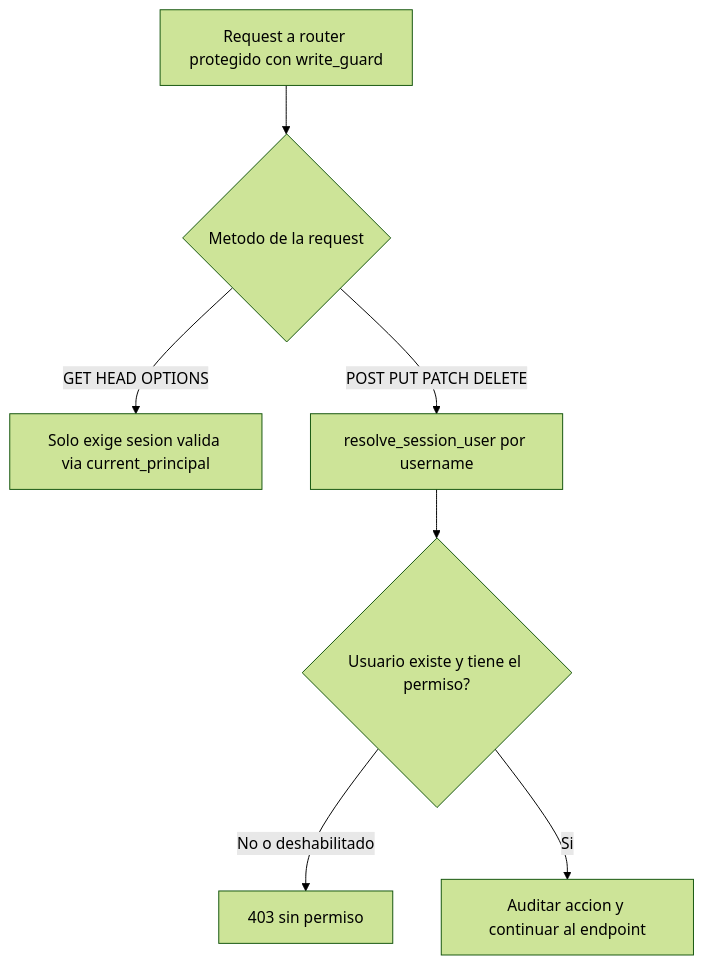
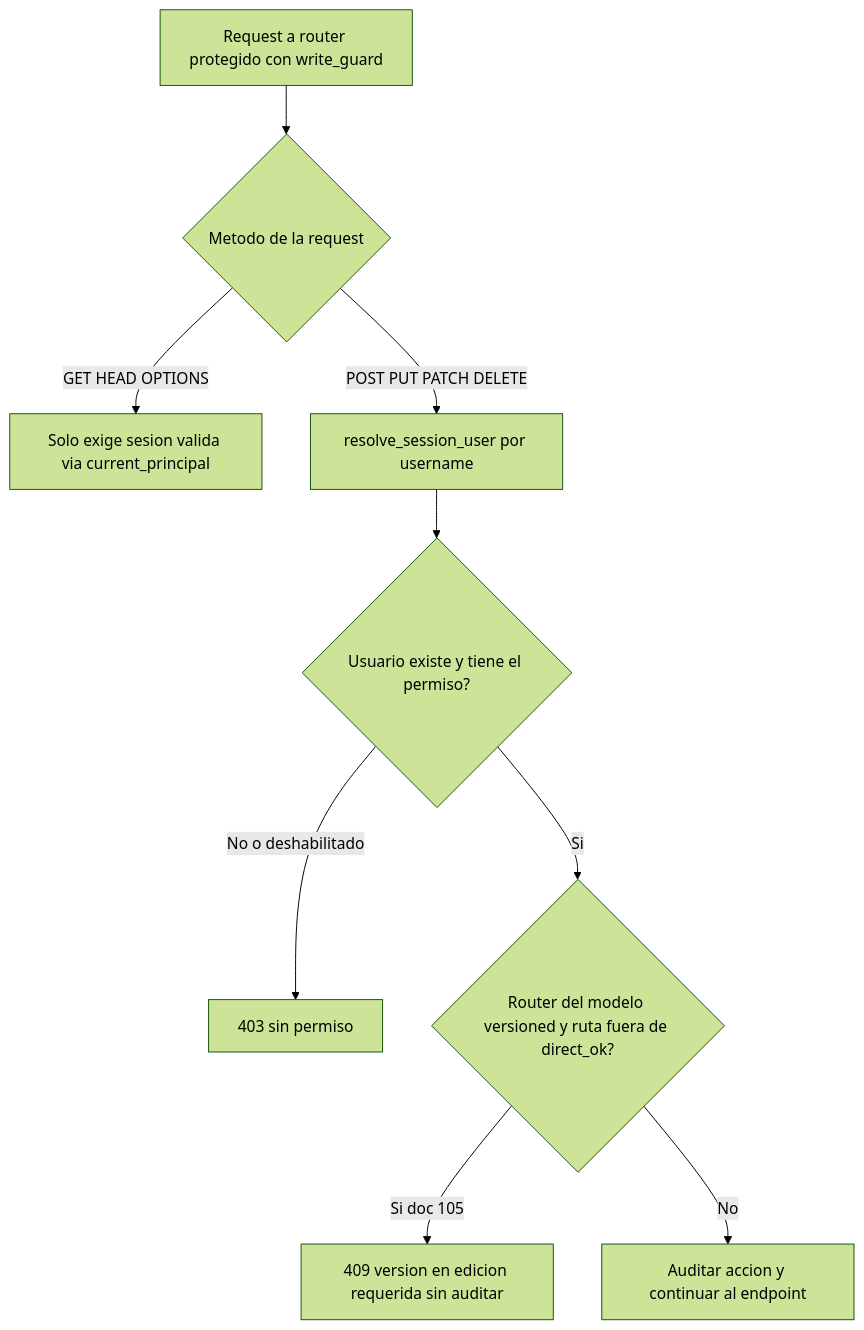
One commit to Carlosmps97/backend-data-model-hub changed the fifth of 5 diagrams in doc/seguridad.md. Above: the diagram before and after it, drawn with Mermaid (forest theme). The commit also changed other lines of this file and 169 other files, not shown here.

````diff
--- a/doc/seguridad.md
+++ b/doc/seguridad.md
@@ -513,9 +523,11 @@
 ```mermaid
 flowchart TD
     A[Request a router protegido con write_guard] --> B{Metodo de la request}
     B -->|GET HEAD OPTIONS| C[Solo exige sesion valida via current_principal]
     B -->|POST PUT PATCH DELETE| D[resolve_session_user por username]
     D --> E{Usuario existe y tiene el permiso?}
     E -->|No o deshabilitado| F[403 sin permiso]
-    E -->|Si| G[Auditar accion y continuar al endpoint]
+    E -->|Si| H{Router del modelo versioned y ruta fuera de direct_ok?}
+    H -->|Si doc 105| I[409 version en edicion requerida sin auditar]
+    H -->|No| G[Auditar accion y continuar al endpoint]
 ```
````
